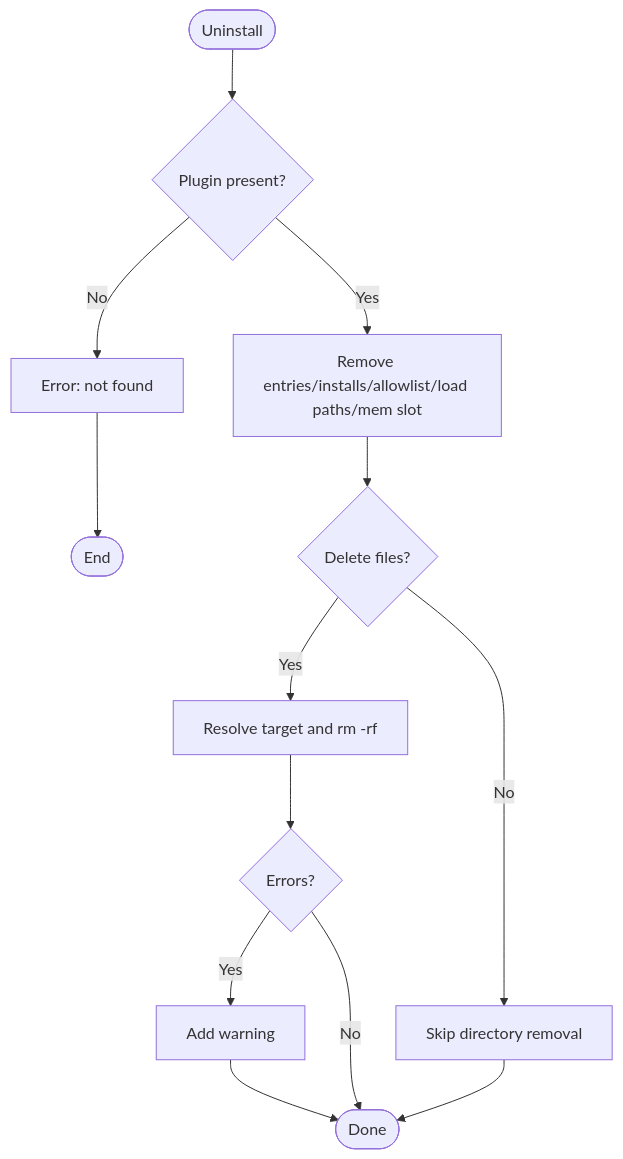
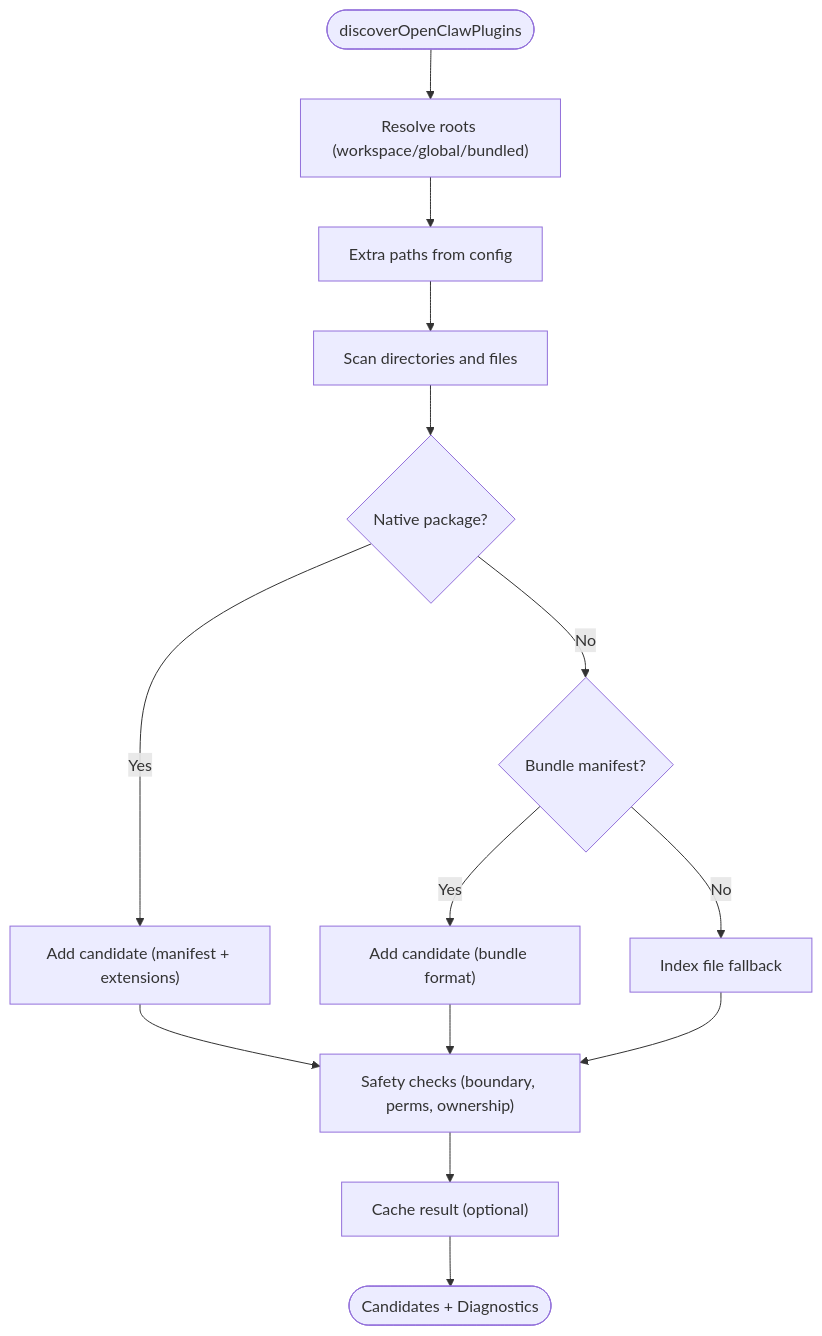
The sixth of 8 diagrams in repowiki/en/content/CLI Interface/Plugin Management.md (botx-work/OpenClaw-Internals), drawn with Mermaid before and after one commit. The commit also changed other lines of this file and 332 other files, not shown here.

````diff
--- a/repowiki/en/content/CLI Interface/Plugin Management.md
+++ b/repowiki/en/content/CLI Interface/Plugin Management.md
@@ -276,15 +237,16 @@
 ```mermaid
 flowchart TD
-UStart([Uninstall]) --> Exists{"Plugin present?"}
-Exists --> |No| UEAbort["Error: not found"]
-Exists --> |Yes| Clean["Remove entries/installs/allowlist/load paths/mem slot"]
-Clean --> Delete{"Delete files?"}
-Delete --> |Yes| RemoveDir["Resolve target and rm -rf"]
-Delete --> |No| Skip["Skip directory removal"]
-RemoveDir --> Warnings{"Errors?"}
-Warnings --> |Yes| Warn["Add warning"]
-Warnings --> |No| Done
-Skip --> Done([Done])
-Warn --> Done
-UEAbort --> UEnd([End])
+DStart(["discoverOpenClawPlugins"]) --> Roots["Resolve roots (workspace/global/bundled)"]
+Roots --> Extra["Extra paths from config"]
+Extra --> Scan["Scan directories and files"]
+Scan --> Native{"Native package?"}
+Native --> |Yes| AddNative["Add candidate (manifest + extensions)"]
+Native --> |No| Bundle{"Bundle manifest?"}
+Bundle --> |Yes| AddBundle["Add candidate (bundle format)"]
+Bundle --> |No| Fallback["Index file fallback"]
+AddNative --> Safety["Safety checks (boundary, perms, ownership)"]
+AddBundle --> Safety
+Fallback --> Safety
+Safety --> Cache["Cache result (optional)"]
+Cache --> DEnd(["Candidates + Diagnostics"])
 ```
````
